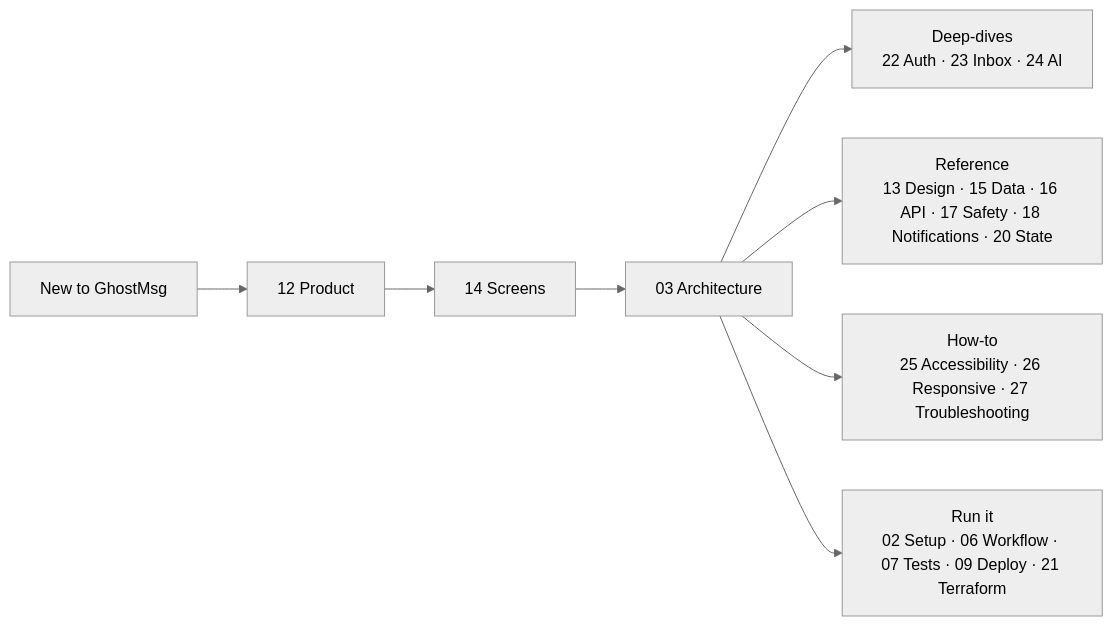
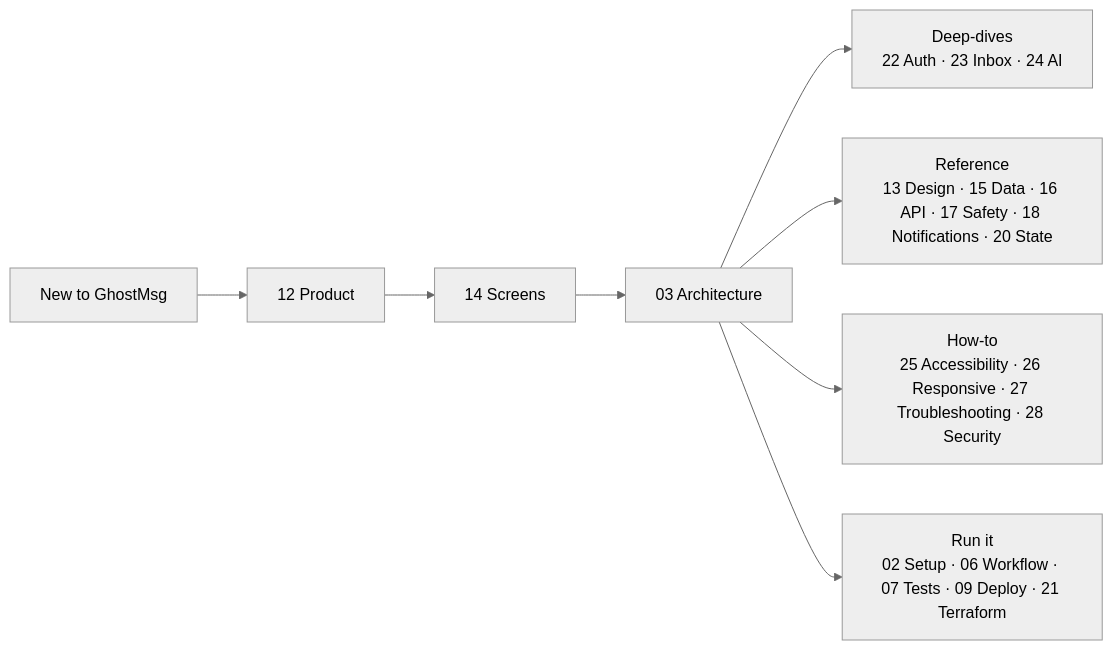
The diagram in docs/README.md (Abbas4tech/GhostMsg), drawn with Mermaid (neutral theme) before and after one commit. The commit also changed other lines of this file and 39 other files, not shown here.

````diff
--- a/docs/README.md
+++ b/docs/README.md
@@ -7,8 +7,8 @@
 ```mermaid
 flowchart LR
     START["New to GhostMsg"] --> P["12 Product"] --> S["14 Screens"] --> A["03 Architecture"]
     A --> DEEP["Deep-dives<br/>22 Auth · 23 Inbox · 24 AI"]
     A --> REF["Reference<br/>13 Design · 15 Data · 16 API · 17 Safety · 18 Notifications · 20 State"]
-    A --> HOW["How-to<br/>25 Accessibility · 26 Responsive · 27 Troubleshooting"]
+    A --> HOW["How-to<br/>25 Accessibility · 26 Responsive · 27 Troubleshooting · 28 Security"]
     A --> OPS["Run it<br/>02 Setup · 06 Workflow · 07 Tests · 09 Deploy · 21 Terraform"]
 ```
````
